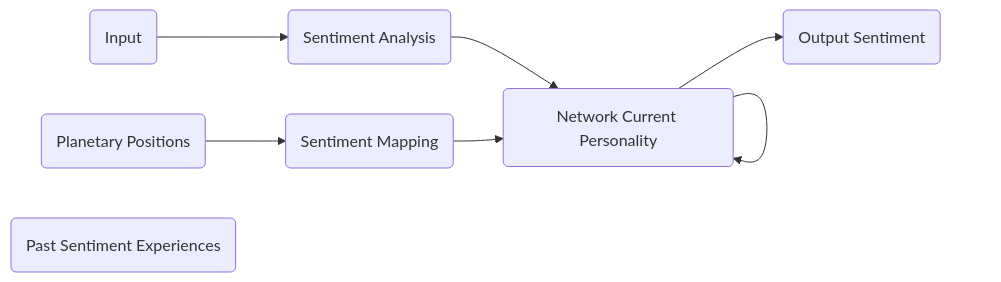
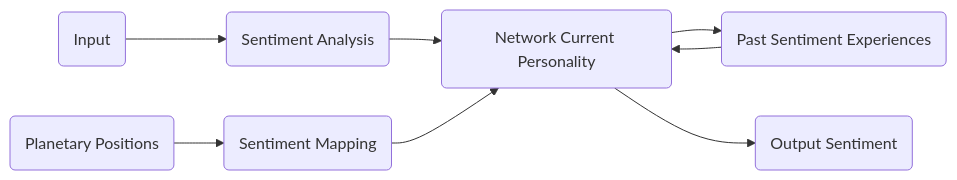
Before and after one commit to mohitlabs/Research: the diagram in Dissertation1.md, drawn with Mermaid.

````diff
--- a/Dissertation1.md
+++ b/Dissertation1.md
@@ -61,17 +61,18 @@
 ```mermaid
 flowchart LR;
   input(Input)
   sa(Sentiment Analysis)
   pp(Planetary Positions)
   sm(Sentiment Mapping)
   pse(Past Sentiment Experiences)
   ncp(Network Current Personality)
   os(Output Sentiment)
   
   input-->sa
   pp-->sm
   sa-->ncp
   sm-->ncp
-  ncp-->ncp
+  ncp-->pse
+  pse-->ncp
   ncp-->os
 ```
````
